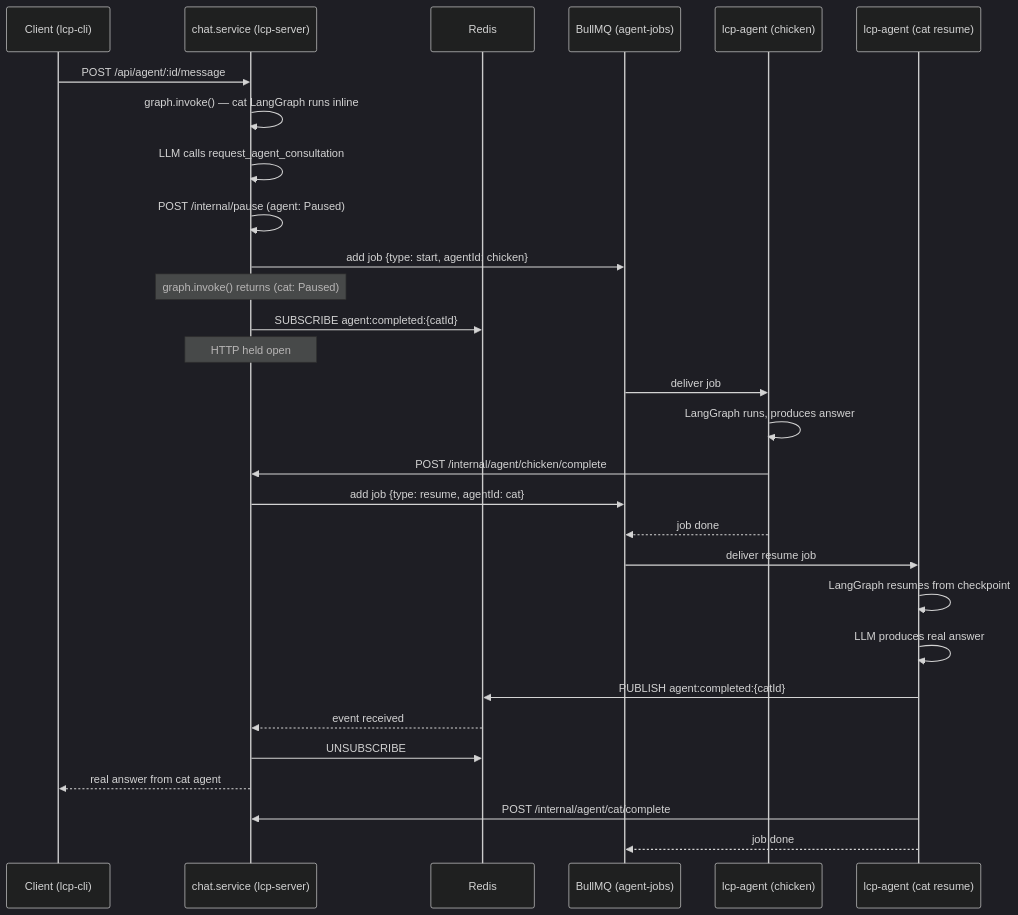
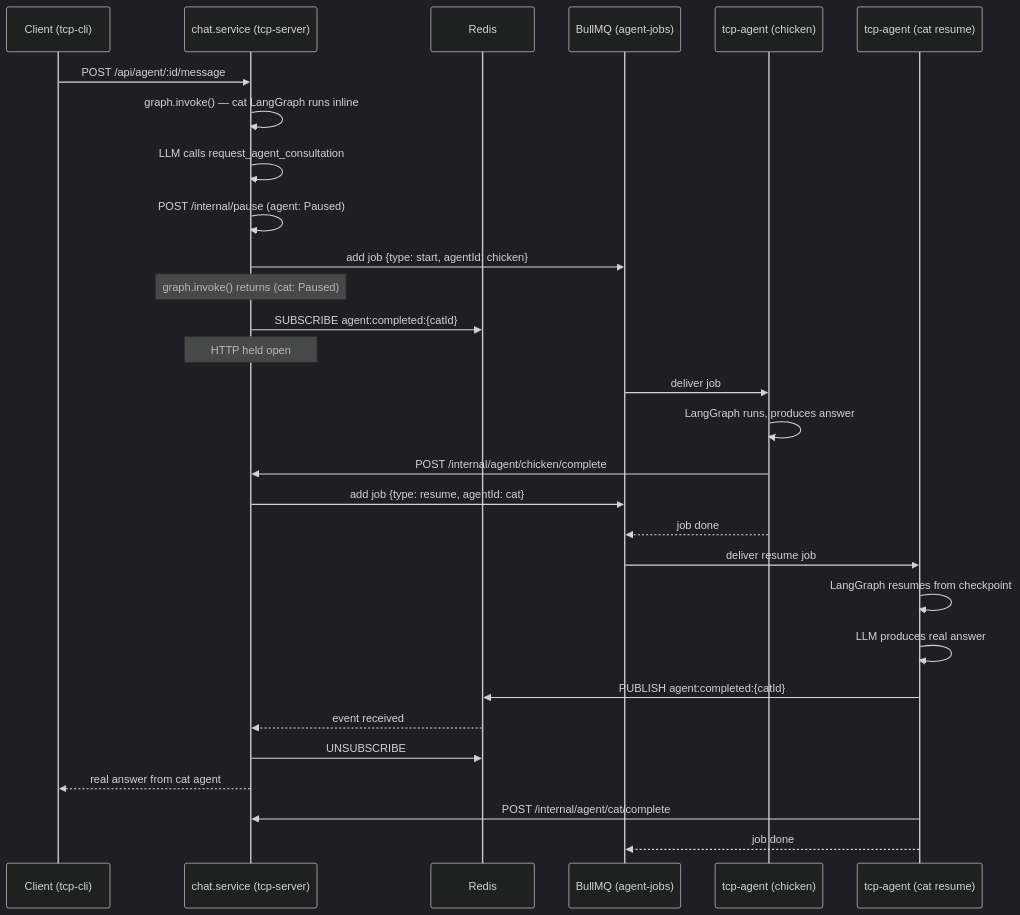
One commit to instantiator/tcp-server changed the third of 4 diagrams in docs/queue.md. Above: the diagram before and after it, drawn with Mermaid (dark theme). The commit also changed other lines of this file and 112 other files, not shown here.

First line of the commit message:
Rename LCP env vars and documentation to TCP (011.1.1 units 6-7)

````diff
--- a/docs/queue.md
+++ b/docs/queue.md
@@ -104,34 +104,34 @@
 ```mermaid
 sequenceDiagram
-    participant CLI as Client (lcp-cli)
-    participant CS as chat.service (lcp-server)
+    participant CLI as Client (tcp-cli)
+    participant CS as chat.service (tcp-server)
     participant R as Redis
     participant Q as BullMQ (agent-jobs)
-    participant Chkn as lcp-agent (chicken)
-    participant Cat2 as lcp-agent (cat resume)
+    participant Chkn as tcp-agent (chicken)
+    participant Cat2 as tcp-agent (cat resume)
 
     CLI->>CS: POST /api/agent/:id/message
     CS->>CS: graph.invoke() — cat LangGraph runs inline
     CS->>CS: LLM calls request_agent_consultation
     CS->>CS: POST /internal/pause (agent: Paused)
     CS->>Q: add job {type: start, agentId: chicken}
     Note over CS: graph.invoke() returns (cat: Paused)
     CS->>R: SUBSCRIBE agent:completed:{catId}
     Note over CS: HTTP held open
 
     Q->>Chkn: deliver job
     Chkn->>Chkn: LangGraph runs, produces answer
     Chkn->>CS: POST /internal/agent/chicken/complete
     CS->>Q: add job {type: resume, agentId: cat}
     Chkn-->>Q: job done
 
     Q->>Cat2: deliver resume job
     Cat2->>Cat2: LangGraph resumes from checkpoint
     Cat2->>Cat2: LLM produces real answer
     Cat2->>R: PUBLISH agent:completed:{catId}
     R-->>CS: event received
     CS->>R: UNSUBSCRIBE
     CS-->>CLI: real answer from cat agent
     Cat2->>CS: POST /internal/agent/cat/complete
     Cat2-->>Q: job done
 ```
````
